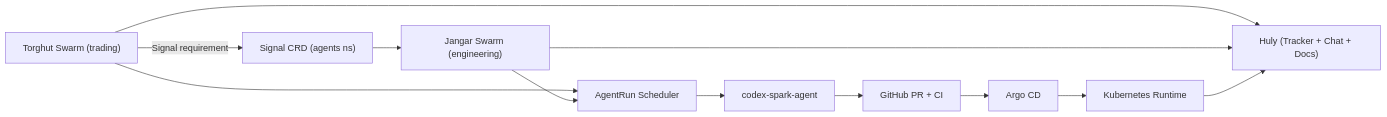
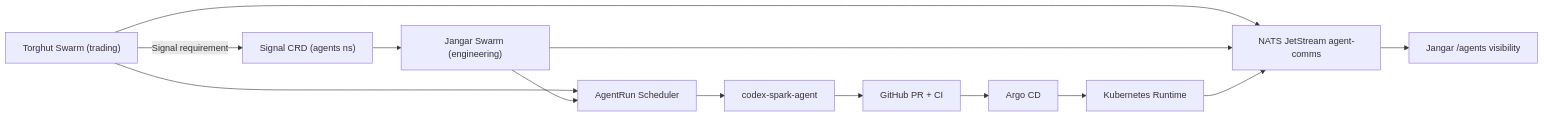
One commit to proompteng/lab changed the first of 2 diagrams in docs/agents/swarm-end-to-end-runbook.md. Above: the diagram before and after it, drawn with Mermaid. The commit also changed other lines of this file and 87 other files, not shown here.

Commit message:
fix(agents): cut swarm comms over to nats

````diff
--- a/docs/agents/swarm-end-to-end-runbook.md
+++ b/docs/agents/swarm-end-to-end-runbook.md
@@ -10,14 +10,15 @@
 ```mermaid
 flowchart LR
   T["Torghut Swarm (trading)"] -->|Signal requirement| S["Signal CRD (agents ns)"]
   S --> J["Jangar Swarm (engineering)"]
-  T --> H["Huly (Tracker + Chat + Docs)"]
-  J --> H
+  T --> N["NATS JetStream agent-comms"]
+  J --> N
+  N --> V["Jangar /agents visibility"]
   T --> AR["AgentRun Scheduler"]
   J --> AR
   AR --> C["codex-spark-agent"]
   C --> G["GitHub PR + CI"]
   G --> A["Argo CD"]
   A --> K["Kubernetes Runtime"]
-  K --> H
+  K --> N
 ```
````
